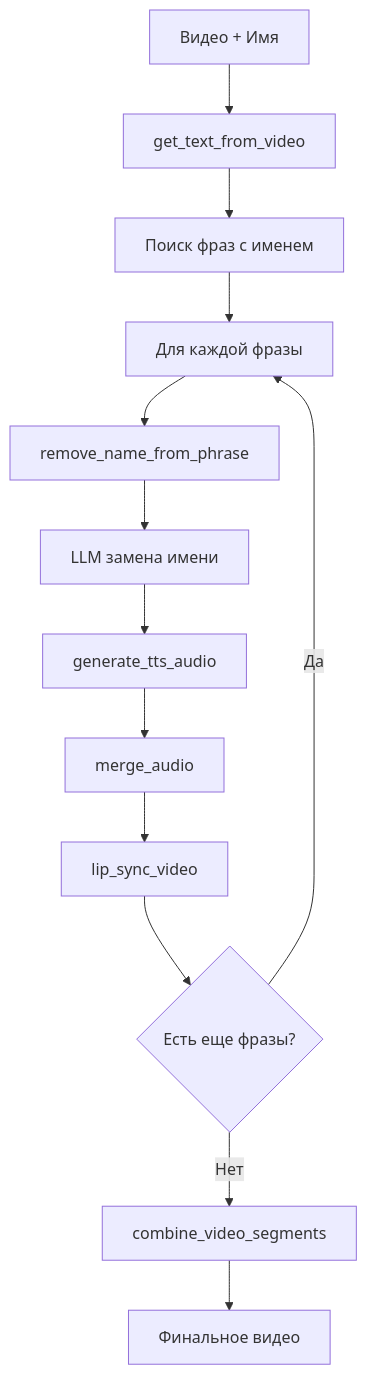
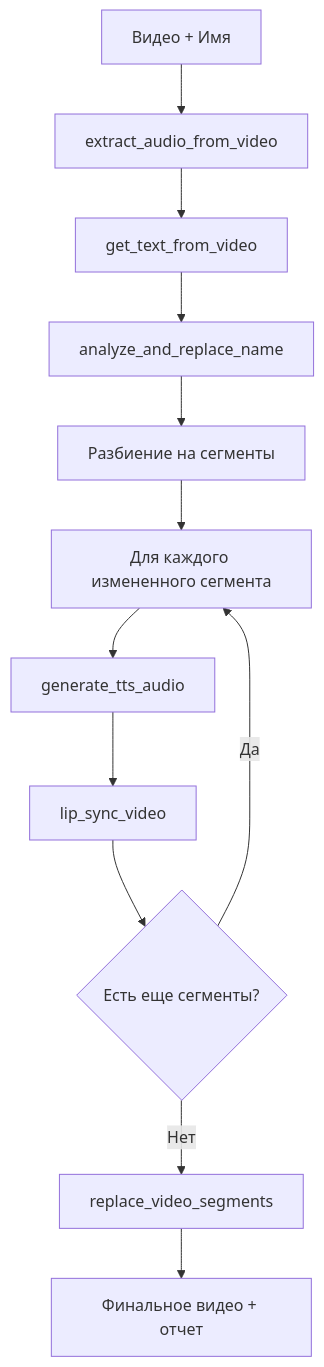
The diagram in README.md (KolyaP7/AI-DevTools-Hack), drawn with Mermaid before and after one commit. The commit also changed other lines of this file and 9 other files, not shown here.

````diff
--- a/README.md
+++ b/README.md
@@ -60,15 +115,14 @@
 ```mermaid
 graph TD
-    A[Видео + Имя] --> B[get_text_from_video]
-    B --> C[Поиск фраз с именем]
-    C --> D[Для каждой фразы]
-    D --> E[remove_name_from_phrase]
-    E --> F[LLM замена имени]
+    A[Видео + Имя] --> B[extract_audio_from_video]
+    B --> C[get_text_from_video]
+    C --> D[analyze_and_replace_name]
+    D --> E[Разбиение на сегменты]
+    E --> F[Для каждого измененного сегмента]
     F --> G[generate_tts_audio]
-    G --> H[merge_audio]
-    H --> I[lip_sync_video]
-    I --> J{Есть еще фразы?}
-    J -->|Да| D
-    J -->|Нет| K[combine_video_segments]
-    K --> L[Финальное видео]
+    G --> H[lip_sync_video]
+    H --> I{Есть еще сегменты?}
+    I -->|Да| F
+    I -->|Нет| J[replace_video_segments]
+    J --> K[Финальное видео + отчет]
 ```
````
